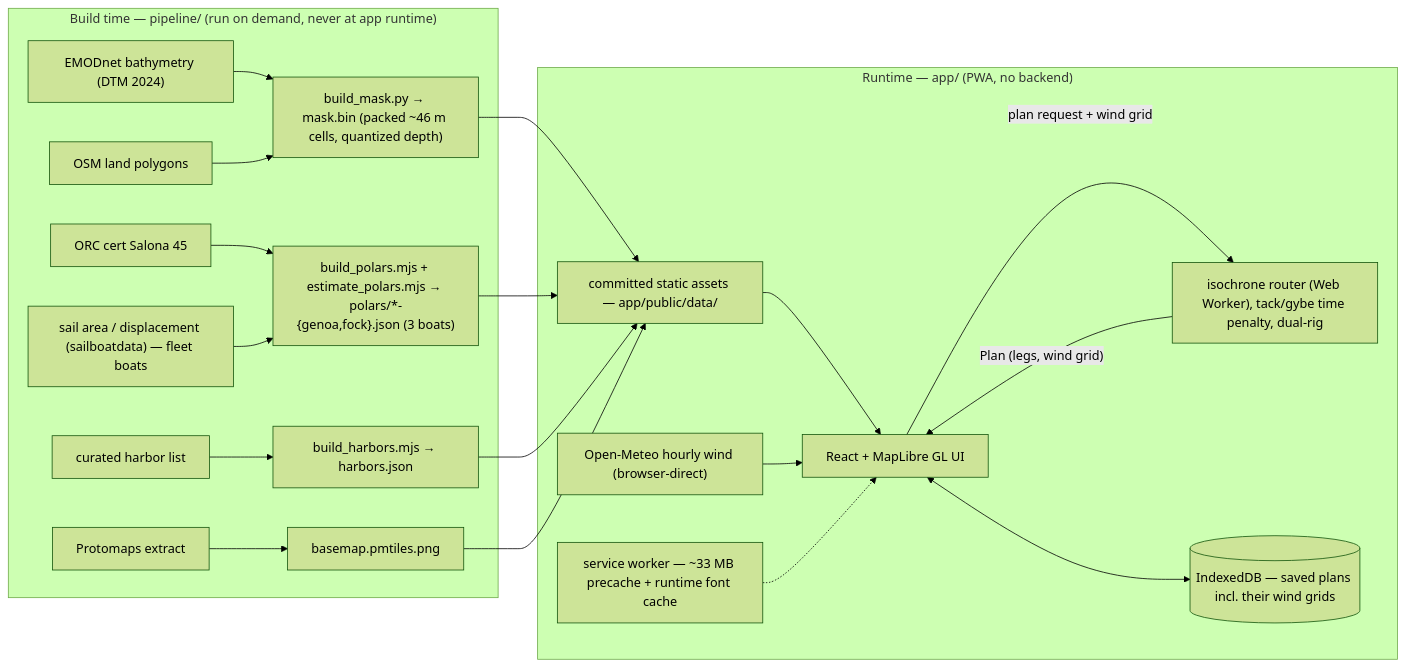
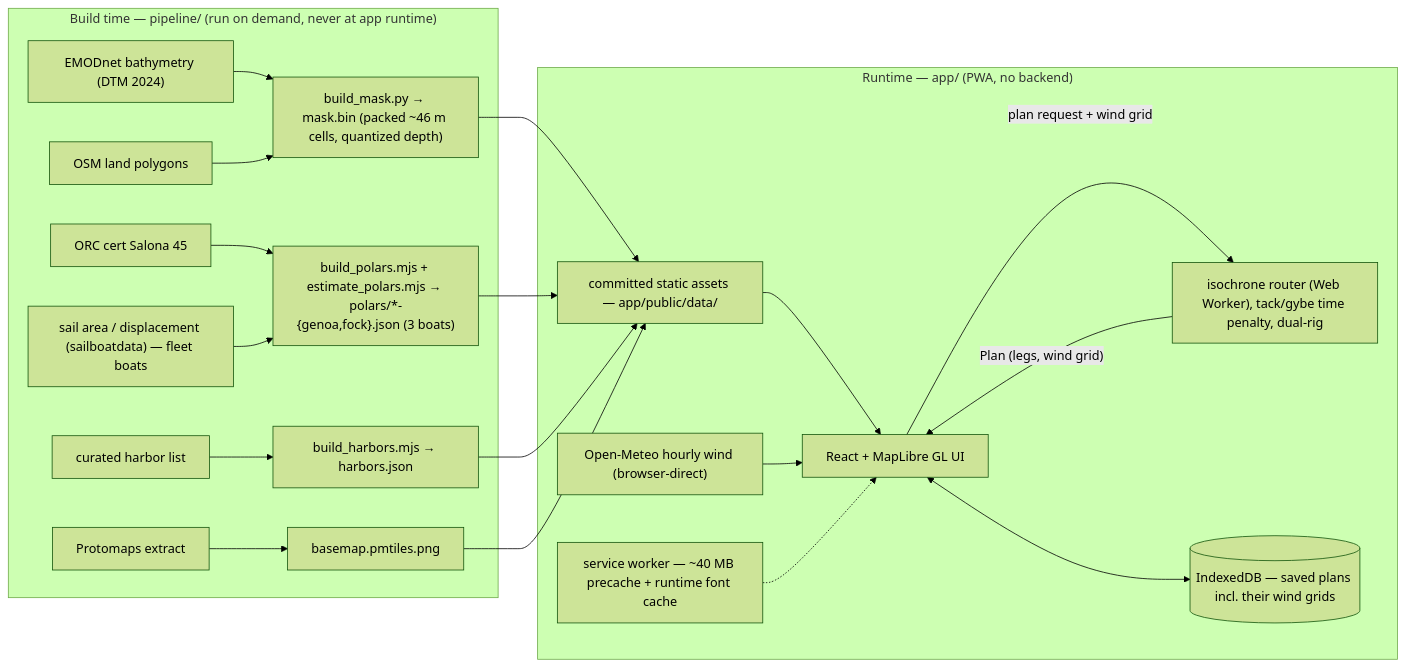
The diagram in README.md (DocGerd/sail_command), drawn with Mermaid (forest theme) before and after one commit. The commit also changed other lines of this file and 9 other files, not shown here.

````diff
--- a/README.md
+++ b/README.md
@@ -290,20 +290,20 @@
 ```mermaid
 flowchart LR
   subgraph pipeline ["Build time — pipeline/ (run on demand, never at app runtime)"]
     EMOD["EMODnet bathymetry (DTM 2024)"] --> MASK["build_mask.py → mask.bin (packed ~46 m cells, quantized depth)"]
     OSMLP["OSM land polygons"] --> MASK
     ORC["ORC cert Salona 45"] --> POLARS["build_polars.mjs + estimate_polars.mjs → polars/*-{genoa,fock}.json (3 boats)"]
     SBD["sail area / displacement (sailboatdata) — fleet boats"] --> POLARS
     CUR["curated harbor list"] --> HARB["build_harbors.mjs → harbors.json"]
     PROTO["Protomaps extract"] --> PMT["basemap.pmtiles.png"]
   end
   MASK & POLARS & HARB & PMT --> ASSETS["committed static assets — app/public/data/"]
   subgraph app ["Runtime — app/ (PWA, no backend)"]
     ASSETS --> UI["React + MapLibre GL UI"]
     OM["Open-Meteo hourly wind (browser-direct)"] --> UI
     UI -->|"plan request + wind grid"| WORKER["isochrone router (Web Worker), tack/gybe time penalty, dual-rig"]
     WORKER -->|"Plan (legs, wind grid)"| UI
     UI <--> IDB[("IndexedDB — saved plans incl. their wind grids")]
-    SW["service worker — ~33 MB precache + runtime font cache"] -.-> UI
+    SW["service worker — ~40 MB precache + runtime font cache"] -.-> UI
   end
 ```
````
